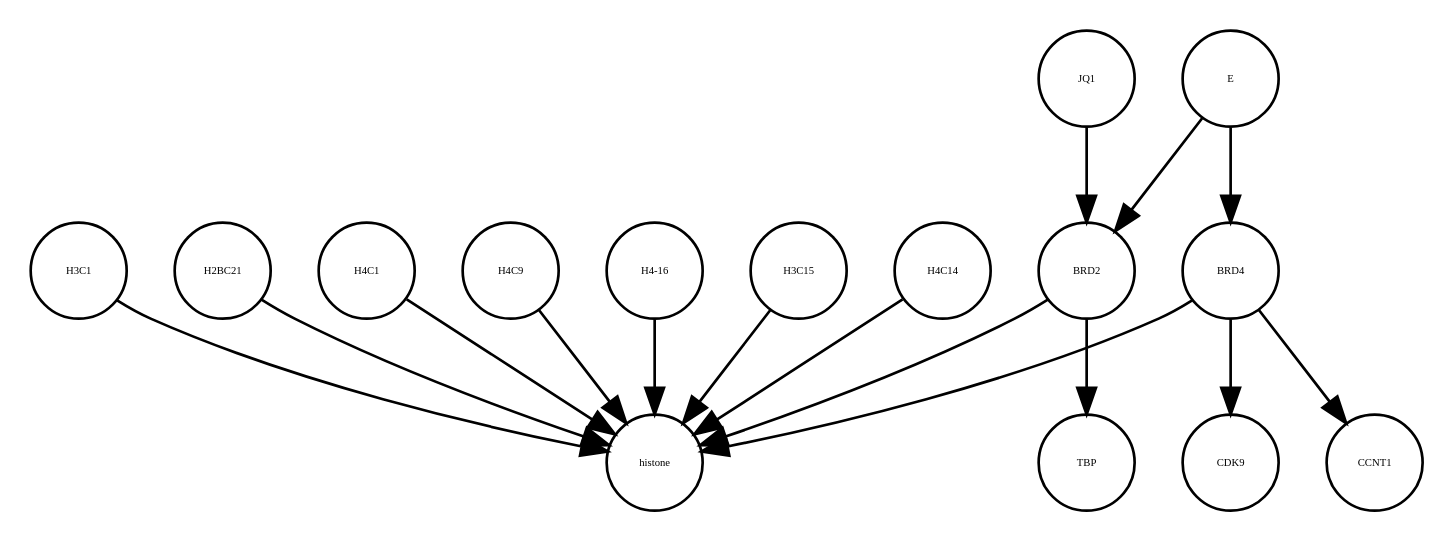
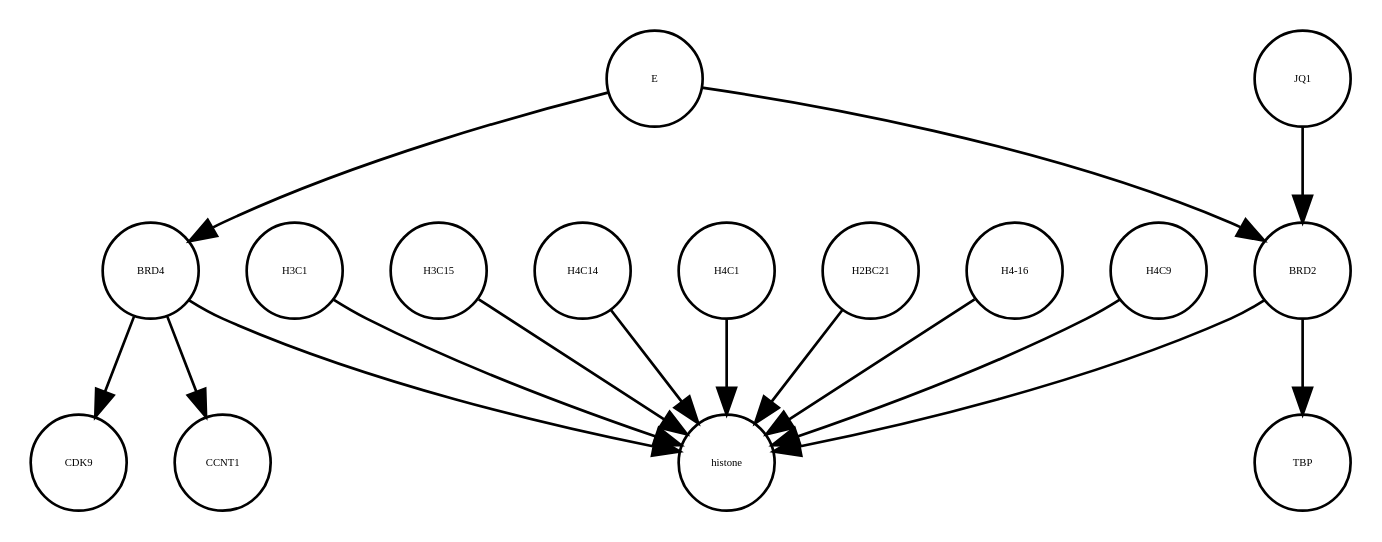
One commit to cannin/covid19-sbgn changed the diagram in E_SARS_CoV_2_21_05_2020.xml_projected.dot. Above: the diagram before and after it, drawn with Graphviz. The commit also changed other lines of this file and 637 other files, not shown here.

```diff
--- a/E_SARS_CoV_2_21_05_2020.xml_projected.dot
+++ b/E_SARS_CoV_2_21_05_2020.xml_projected.dot
@@ -1,32 +1,32 @@
 strict digraph  {
+H3C1 [annotation="", bipartite=0, cls=macromolecule, fontsize=4, label=H3C1, shape=circle];
+JQ1 [annotation="", bipartite=0, cls=macromolecule, fontsize=4, label=JQ1, shape=circle];
+BRD4 [annotation="", bipartite=0, cls=macromolecule, fontsize=4, label=BRD4, shape=circle];
+H3C15 [annotation="", bipartite=0, cls=macromolecule, fontsize=4, label=H3C15, shape=circle];
+CDK9 [annotation="", bipartite=0, cls=macromolecule, fontsize=4, label=CDK9, shape=circle];
+H4C14 [annotation="", bipartite=0, cls=macromolecule, fontsize=4, label=H4C14, shape=circle];
+BRD2 [annotation="", bipartite=0, cls=macromolecule, fontsize=4, label=BRD2, shape=circle];
+H4C1 [annotation="", bipartite=0, cls=macromolecule, fontsize=4, label=H4C1, shape=circle];
+histone [annotation="", bipartite=0, cls=complex, fontsize=4, label=histone, shape=circle];
+E [annotation=urn_miriam_ncbiprotein_BCD58755, bipartite=0, cls=macromolecule, fontsize=4, label=E, shape=circle];
 H2BC21 [annotation="", bipartite=0, cls=macromolecule, fontsize=4, label=H2BC21, shape=circle];
-histone [annotation="", bipartite=0, cls=complex, fontsize=4, label=histone, shape=circle];
-CDK9 [annotation="", bipartite=0, cls=macromolecule, fontsize=4, label=CDK9, shape=circle];
-H4C1 [annotation="", bipartite=0, cls=macromolecule, fontsize=4, label=H4C1, shape=circle];
+"H4-16" [annotation="", bipartite=0, cls=macromolecule, fontsize=4, label="H4-16", shape=circle];
 H4C9 [annotation="", bipartite=0, cls=macromolecule, fontsize=4, label=H4C9, shape=circle];
-"H4-16" [annotation="", bipartite=0, cls=macromolecule, fontsize=4, label="H4-16", shape=circle];
 CCNT1 [annotation="", bipartite=0, cls=macromolecule, fontsize=4, label=CCNT1, shape=circle];
-H3C15 [annotation="", bipartite=0, cls=macromolecule, fontsize=4, label=H3C15, shape=circle];
 TBP [annotation="", bipartite=0, cls=macromolecule, fontsize=4, label=TBP, shape=circle];
-E [annotation=urn_miriam_ncbiprotein_BCD58755, bipartite=0, cls=macromolecule, fontsize=4, label=E, shape=circle];
-BRD2 [annotation="", bipartite=0, cls=macromolecule, fontsize=4, label=BRD2, shape=circle];
-H4C14 [annotation="", bipartite=0, cls=macromolecule, fontsize=4, label=H4C14, shape=circle];
-BRD4 [annotation="", bipartite=0, cls=macromolecule, fontsize=4, label=BRD4, shape=circle];
-JQ1 [annotation="", bipartite=0, cls=macromolecule, fontsize=4, label=JQ1, shape=circle];
-H3C1 [annotation="", bipartite=0, cls=macromolecule, fontsize=4, label=H3C1, shape=circle];
-H2BC21 -> histone  [annotation="", interaction_type=production];
+H3C1 -> histone  [annotation="", interaction_type=production];
+JQ1 -> BRD2  [annotation="urn_miriam_doi_10.1038%2Fs41586-020-2286-9|urn_miriam_doi_10.1080%2F15592294.2018.1469891", interaction_type=inhibition];
+BRD4 -> histone  [annotation="urn_miriam_doi_10.1038%2Fnsmb.3228.|urn_miriam_doi_10.1016%2Fj.molcel.2008.01.018", interaction_type=catalysis];
+BRD4 -> CDK9  [annotation=urn_miriam_taxonomy_10090, interaction_type=catalysis];
+BRD4 -> CCNT1  [annotation="", interaction_type=catalysis];
+H3C15 -> histone  [annotation="", interaction_type=production];
+H4C14 -> histone  [annotation="", interaction_type=production];
+BRD2 -> histone  [annotation="urn_miriam_doi_10.1038%2Fnsmb.3228.|urn_miriam_doi_10.1016%2Fj.molcel.2008.01.018", interaction_type=catalysis];
+BRD2 -> TBP  [annotation="urn_miriam_doi_10.1007%2Fs11010-006-9223-6", interaction_type=catalysis];
 H4C1 -> histone  [annotation="", interaction_type=production];
-H4C9 -> histone  [annotation="", interaction_type=production];
-"H4-16" -> histone  [annotation="", interaction_type=production];
-H3C15 -> histone  [annotation="", interaction_type=production];
 E -> BRD2  [annotation="urn_miriam_doi_10.1038%2Fs41586-020-2286-9|urn_miriam_doi_10.1080%2F15592294.2018.1469891", interaction_type=inhibition];
 E -> BRD4  [annotation="urn_miriam_doi_10.1038%2Fs41586-020-2286-9", interaction_type=inhibition];
-BRD2 -> TBP  [annotation="urn_miriam_doi_10.1007%2Fs11010-006-9223-6", interaction_type=catalysis];
-BRD2 -> histone  [annotation="urn_miriam_doi_10.1038%2Fnsmb.3228.|urn_miriam_doi_10.1016%2Fj.molcel.2008.01.018", interaction_type=catalysis];
-H4C14 -> histone  [annotation="", interaction_type=production];
-BRD4 -> CCNT1  [annotation="", interaction_type=catalysis];
-BRD4 -> CDK9  [annotation=urn_miriam_taxonomy_10090, interaction_type=catalysis];
-BRD4 -> histone  [annotation="urn_miriam_doi_10.1038%2Fnsmb.3228.|urn_miriam_doi_10.1016%2Fj.molcel.2008.01.018", interaction_type=catalysis];
-JQ1 -> BRD2  [annotation="urn_miriam_doi_10.1038%2Fs41586-020-2286-9|urn_miriam_doi_10.1080%2F15592294.2018.1469891", interaction_type=inhibition];
-H3C1 -> histone  [annotation="", interaction_type=production];
+H2BC21 -> histone  [annotation="", interaction_type=production];
+"H4-16" -> histone  [annotation="", interaction_type=production];
+H4C9 -> histone  [annotation="", interaction_type=production];
 }
```
